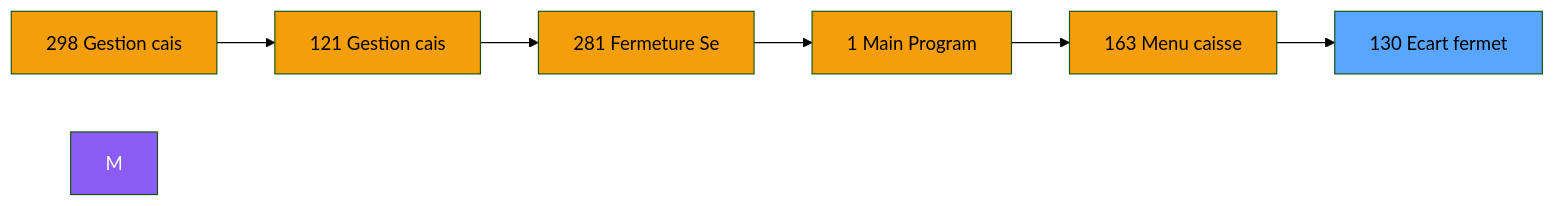
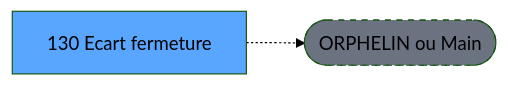
The second of 3 diagrams in .openspec/specs/ADH-IDE-130.md (thonyAGP/lecteur-magic), drawn with Mermaid (forest theme) before and after one commit. The commit also changed other lines of this file and 701 other files, not shown here.

````diff
--- a/.openspec/specs/ADH-IDE-130.md
+++ b/.openspec/specs/ADH-IDE-130.md
@@ -112,21 +123,8 @@
 ```mermaid
 graph LR
-    N298[298 Gestion cais]
-    N121[121 Gestion cais]
-    N281[281 Fermeture Se]
-    N1[1 Main Program]
-    N163[163 Menu caisse ]
-    T[130 Ecart fermet]
-    N298 --> N121
-    N121 --> N281
-    N281 --> N1
-    N1 --> N163
-    N163 --> T
-    style M fill:#8b5cf6,color:#fff
-    style N298 fill:#f59e0b
-    style N121 fill:#f59e0b
-    style N281 fill:#f59e0b
-    style N1 fill:#f59e0b
-    style N163 fill:#f59e0b
+    T[130 Ecart fermeture]
+    ORPHAN([ORPHELIN ou Main])
+    T -.-> ORPHAN
     style T fill:#58a6ff,color:#000
+    style ORPHAN fill:#6b7280,stroke-dasharray: 5 5
 ```
````
